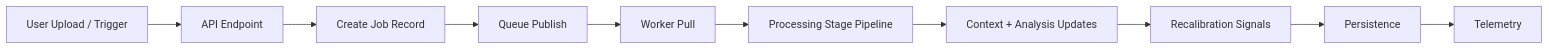
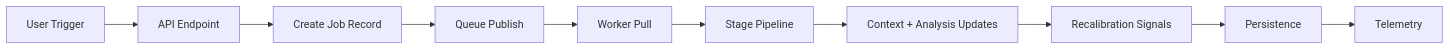
One commit to EolaFam1828/ai-intelligence-workflow changed the third of 3 diagrams in docs/SYSTEMS-ARCHITECTURE.md. Above: the diagram before and after it, drawn with Mermaid. The commit also changed other lines of this file and 20 other files, not shown here.

````diff
--- a/docs/SYSTEMS-ARCHITECTURE.md
+++ b/docs/SYSTEMS-ARCHITECTURE.md
@@ -62,12 +62,12 @@
 ```mermaid
 flowchart LR
-    U["User Upload / Trigger"] --> X["API Endpoint"]
+    U["User Trigger"] --> X["API Endpoint"]
     X --> J["Create Job Record"]
     J --> Q["Queue Publish"]
     Q --> W["Worker Pull"]
-    W --> S["Processing Stage Pipeline"]
+    W --> S["Stage Pipeline"]
     S --> C["Context + Analysis Updates"]
     C --> R["Recalibration Signals"]
     R --> P["Persistence"]
     P --> T["Telemetry"]
 ```
````
